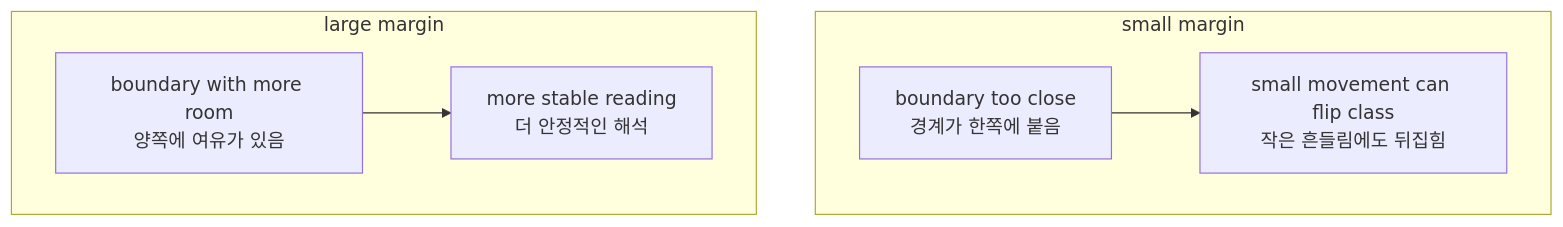
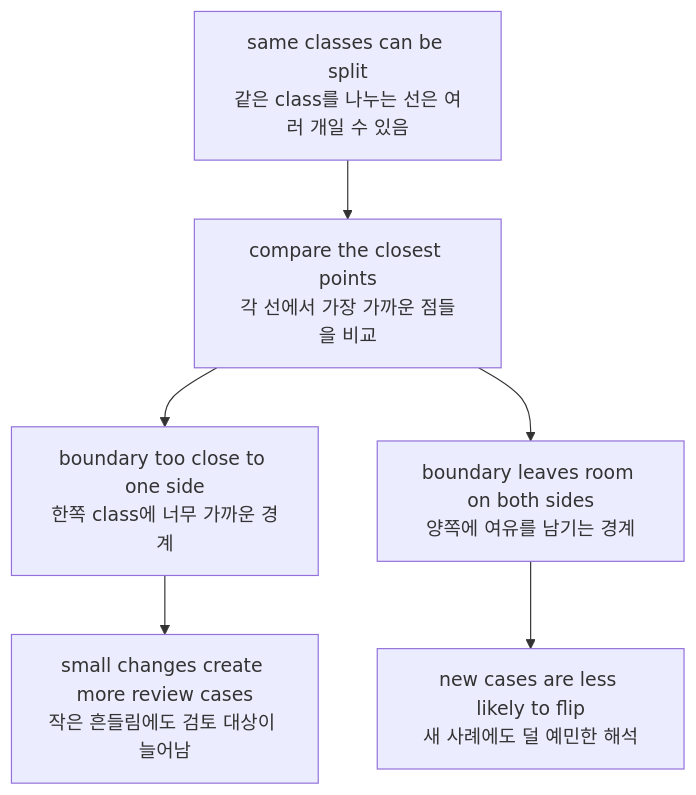
One commit to devchan64/AiBook changed the first of 6 diagrams in docs/parts/part-04/chapter-13/section-01.md. Above: the diagram before and after it, drawn with Mermaid. The commit also changed other lines of this file and 1 other file, not shown here.

Commit message:
Revise P4-13.1 SVM intuition diagrams

````diff
--- a/docs/parts/part-04/chapter-13/section-01.md
+++ b/docs/parts/part-04/chapter-13/section-01.md
@@ -144,12 +144,13 @@
 ```mermaid
 flowchart TD
-  subgraph S1["small margin"]
-    direction LR
-    A1["boundary too close<br/>경계가 한쪽에 붙음"] --> B1["small movement can flip class<br/>작은 흔들림에도 뒤집힘"]
-  end
+  A["same classes can be split<br/>같은 class를 나누는 선은 여러 개일 수 있음"]
+  B["compare the closest points<br/>각 선에서 가장 가까운 점들을 비교"]
+  C["boundary too close to one side<br/>한쪽 class에 너무 가까운 경계"]
+  D["boundary leaves room on both sides<br/>양쪽에 여유를 남기는 경계"]
+  E["small changes create more review cases<br/>작은 흔들림에도 검토 대상이 늘어남"]
+  F["new cases are less likely to flip<br/>새 사례에도 덜 예민한 해석"]
 
-  subgraph S2["large margin"]
-    direction LR
-    A2["boundary with more room<br/>양쪽에 여유가 있음"] --> B2["more stable reading<br/>더 안정적인 해석"]
-  end
+  A --> B
+  B --> C --> E
+  B --> D --> F
 ```
````
